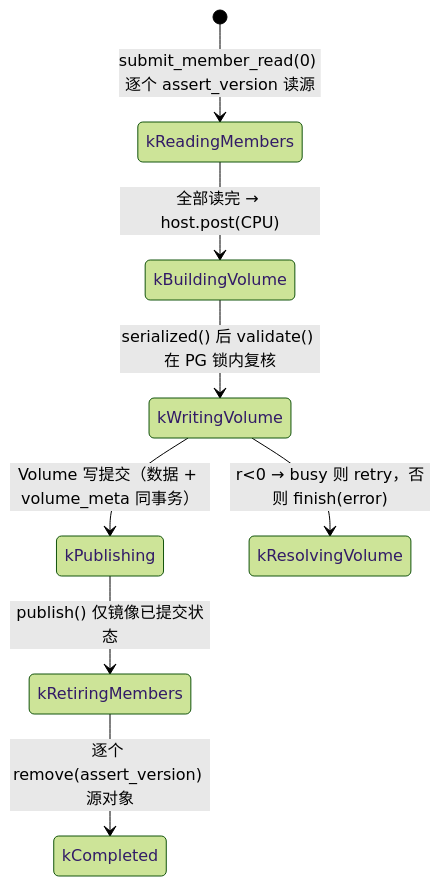
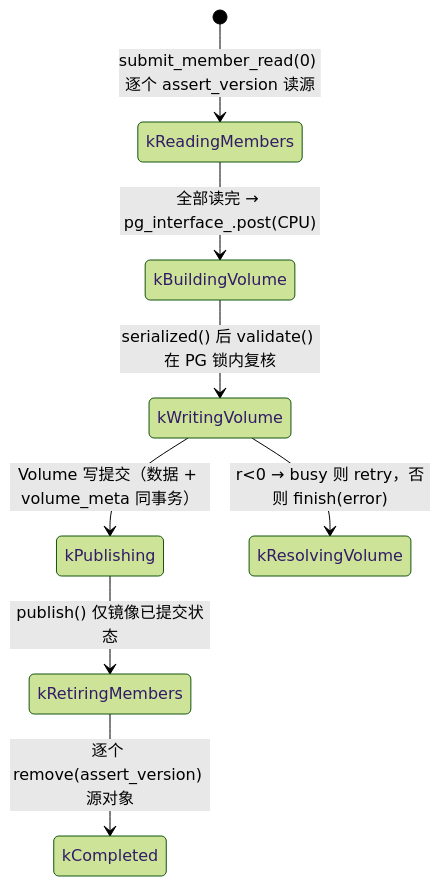
Before and after one commit to CephEC/ceph: the second of 3 diagrams in doc/dev/osd_internals/weave_code_map.md, drawn with Mermaid (forest theme). The commit also changed other lines of this file and 26 other files, not shown here.

````diff
--- a/doc/dev/osd_internals/weave_code_map.md
+++ b/doc/dev/osd_internals/weave_code_map.md
@@ -179,10 +180,10 @@
 ```mermaid
 stateDiagram-v2
   [*] --> kReadingMembers: submit_member_read(0) 逐个 assert_version 读源
-  kReadingMembers --> kBuildingVolume: 全部读完 → host.post(CPU)
+  kReadingMembers --> kBuildingVolume: 全部读完 → pg_interface_.post(CPU)
   kBuildingVolume --> kWritingVolume: serialized() 后 validate() 在 PG 锁内复核
   kWritingVolume --> kPublishing: Volume 写提交（数据 + volume_meta 同事务）
   kPublishing --> kRetiringMembers: publish() 仅镜像已提交状态
   kRetiringMembers --> kCompleted: 逐个 remove(assert_version) 源对象
   kWritingVolume --> kResolvingVolume: r<0 → busy 则 retry，否则 finish(error)
 ```
````
